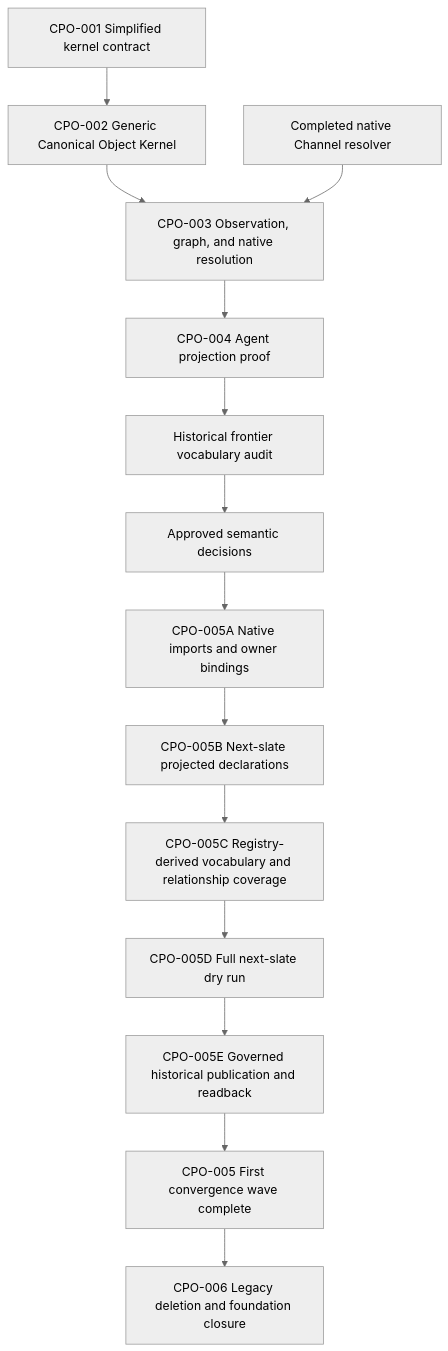
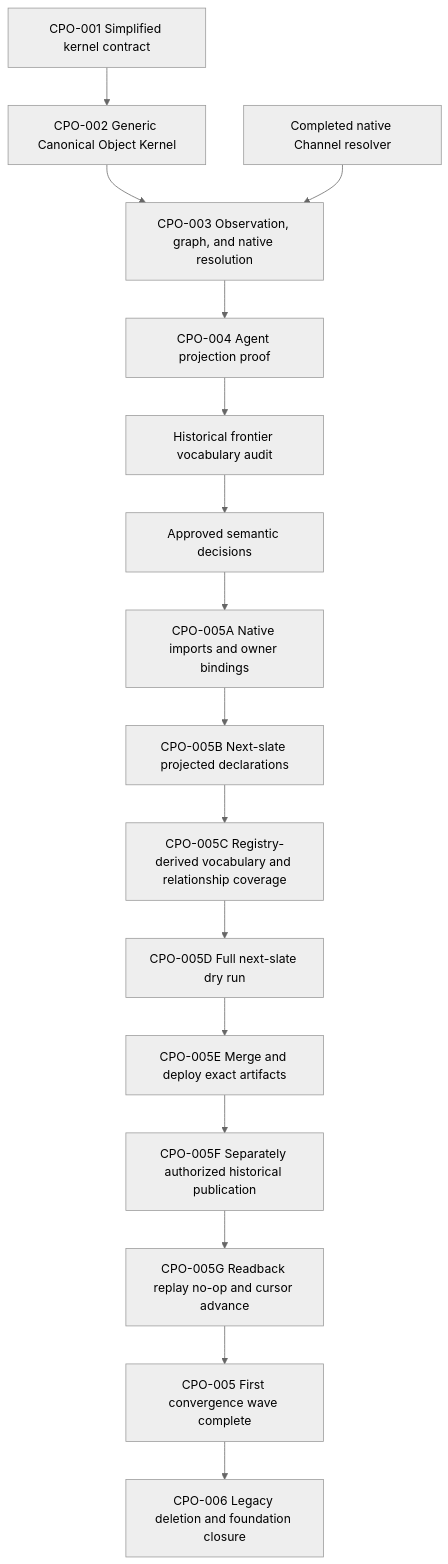
The diagram in docs/workplans/canonical-projected-object-migration-board/README.md (Napageneral/nexus-monorepo), drawn with Mermaid (neutral theme) before and after one commit. The commit also changed other lines of this file and 2 other files, not shown here.

Commit message:
docs(objects): record first full-slate dry run

````diff
--- a/docs/workplans/canonical-projected-object-migration-board/README.md
+++ b/docs/workplans/canonical-projected-object-migration-board/README.md
@@ -95,16 +98,18 @@
 ```mermaid
 flowchart TD
     CPO001[CPO-001 Simplified kernel contract] --> CPO002[CPO-002 Generic Canonical Object Kernel]
     CPO002 --> CPO003[CPO-003 Observation, graph, and native resolution]
     Channel[Completed native Channel resolver] --> CPO003
     CPO003 --> CPO004[CPO-004 Agent projection proof]
     CPO004 --> AUDIT[Historical frontier vocabulary audit]
     AUDIT --> DECISIONS[Approved semantic decisions]
     DECISIONS --> CPO005A[CPO-005A Native imports and owner bindings]
     CPO005A --> CPO005B[CPO-005B Next-slate projected declarations]
     CPO005B --> CPO005C[CPO-005C Registry-derived vocabulary and relationship coverage]
     CPO005C --> CPO005D[CPO-005D Full next-slate dry run]
-    CPO005D --> CPO005E[CPO-005E Governed historical publication and readback]
-    CPO005E --> CPO005[CPO-005 First convergence wave complete]
+    CPO005D --> CPO005E[CPO-005E Merge and deploy exact artifacts]
+    CPO005E --> CPO005F[CPO-005F Separately authorized historical publication]
+    CPO005F --> CPO005G[CPO-005G Readback replay no-op and cursor advance]
+    CPO005G --> CPO005[CPO-005 First convergence wave complete]
     CPO005 --> CPO006[CPO-006 Legacy deletion and foundation closure]
 ```
````
